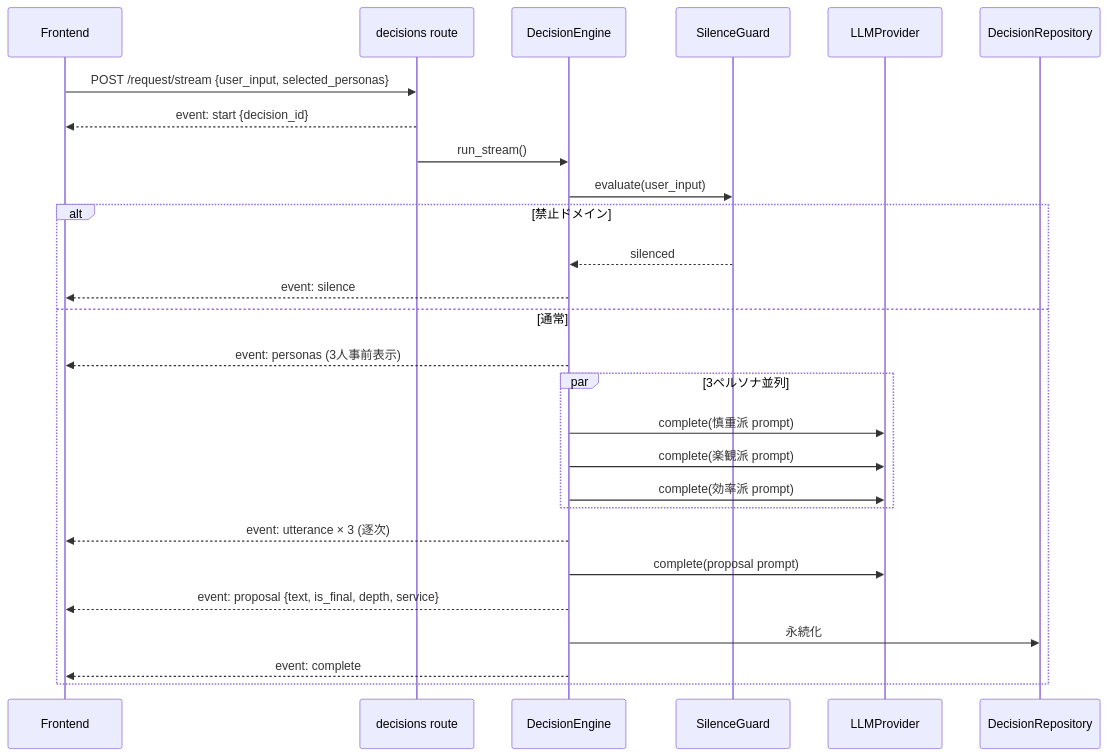
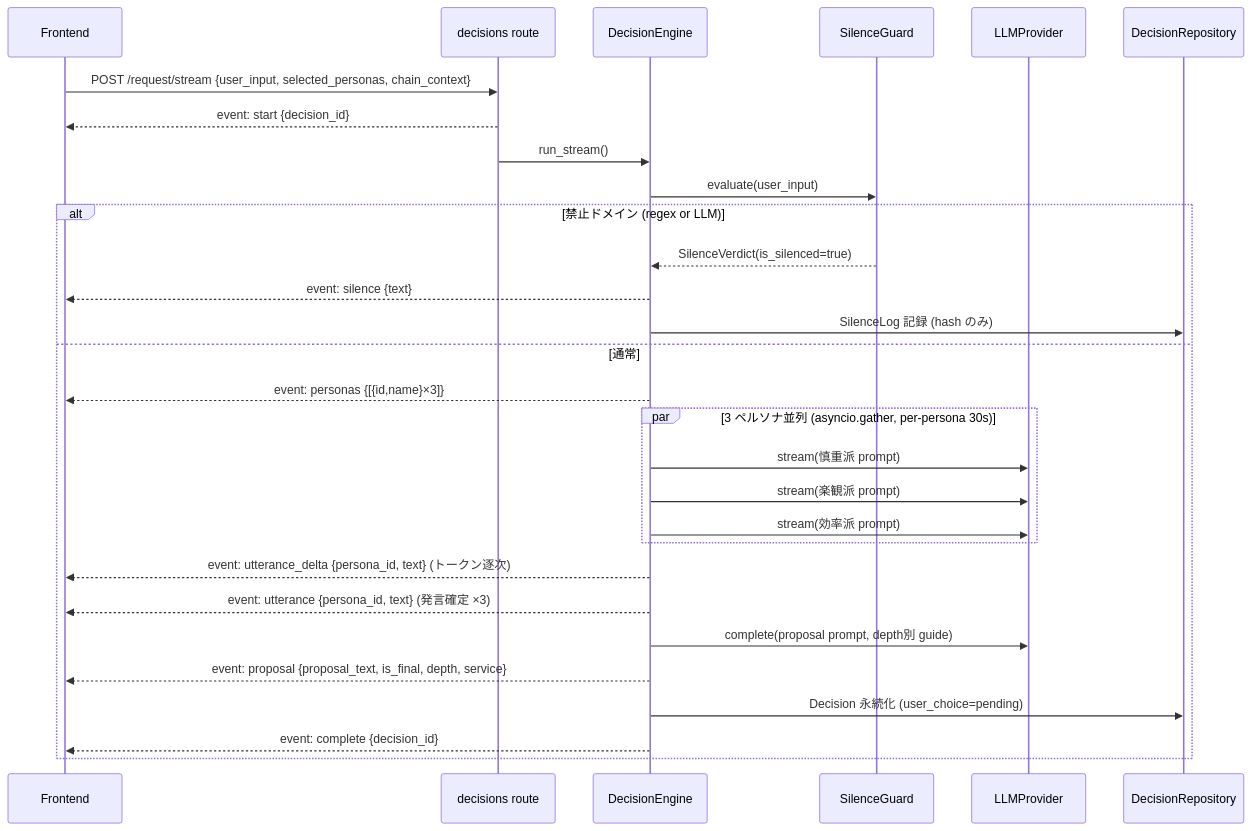
The third of 5 diagrams in docs/design/03-backend-design.md (y-morimatsu/yes-man), drawn with Mermaid before and after one commit. The commit also changed other lines of this file and 5 other files, not shown here.

````diff
--- a/docs/design/03-backend-design.md
+++ b/docs/design/03-backend-design.md
@@ -69,30 +133,32 @@
 ```mermaid
 sequenceDiagram
     participant FE as Frontend
     participant R as decisions route
     participant E as DecisionEngine
     participant SG as SilenceGuard
     participant LLM as LLMProvider
     participant DB as DecisionRepository
 
-    FE->>R: POST /request/stream {user_input, selected_personas}
+    FE->>R: POST /request/stream {user_input, selected_personas, chain_context}
     R-->>FE: event: start {decision_id}
     R->>E: run_stream()
     E->>SG: evaluate(user_input)
-    alt 禁止ドメイン
-        SG-->>E: silenced
-        E-->>FE: event: silence
+    alt 禁止ドメイン (regex or LLM)
+        SG-->>E: SilenceVerdict(is_silenced=true)
+        E-->>FE: event: silence {text}
+        E->>DB: SilenceLog 記録 (hash のみ)
     else 通常
-        E-->>FE: event: personas (3人事前表示)
-        par 3ペルソナ並列
-            E->>LLM: complete(慎重派 prompt)
-            E->>LLM: complete(楽観派 prompt)
-            E->>LLM: complete(効率派 prompt)
+        E-->>FE: event: personas {[{id,name}×3]}
+        par 3 ペルソナ並列 (asyncio.gather, per-persona 30s)
+            E->>LLM: stream(慎重派 prompt)
+            E->>LLM: stream(楽観派 prompt)
+            E->>LLM: stream(効率派 prompt)
         end
-        E-->>FE: event: utterance × 3 (逐次)
-        E->>LLM: complete(proposal prompt)
-        E-->>FE: event: proposal {text, is_final, depth, service}
-        E->>DB: 永続化
-        E-->>FE: event: complete
+        E-->>FE: event: utterance_delta {persona_id, text} (トークン逐次)
+        E-->>FE: event: utterance {persona_id, text} (発言確定 ×3)
+        E->>LLM: complete(proposal prompt, depth別 guide)
+        E-->>FE: event: proposal {proposal_text, is_final, depth, service}
+        E->>DB: Decision 永続化 (user_choice=pending)
+        E-->>FE: event: complete {decision_id}
     end
 ```
````
